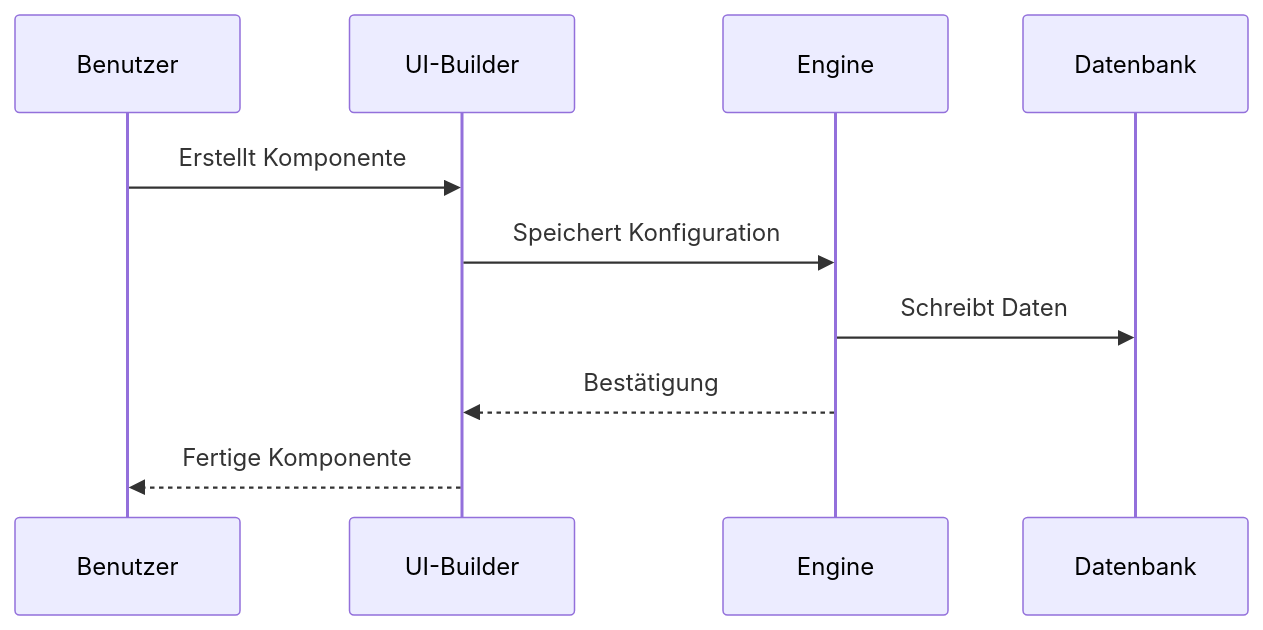
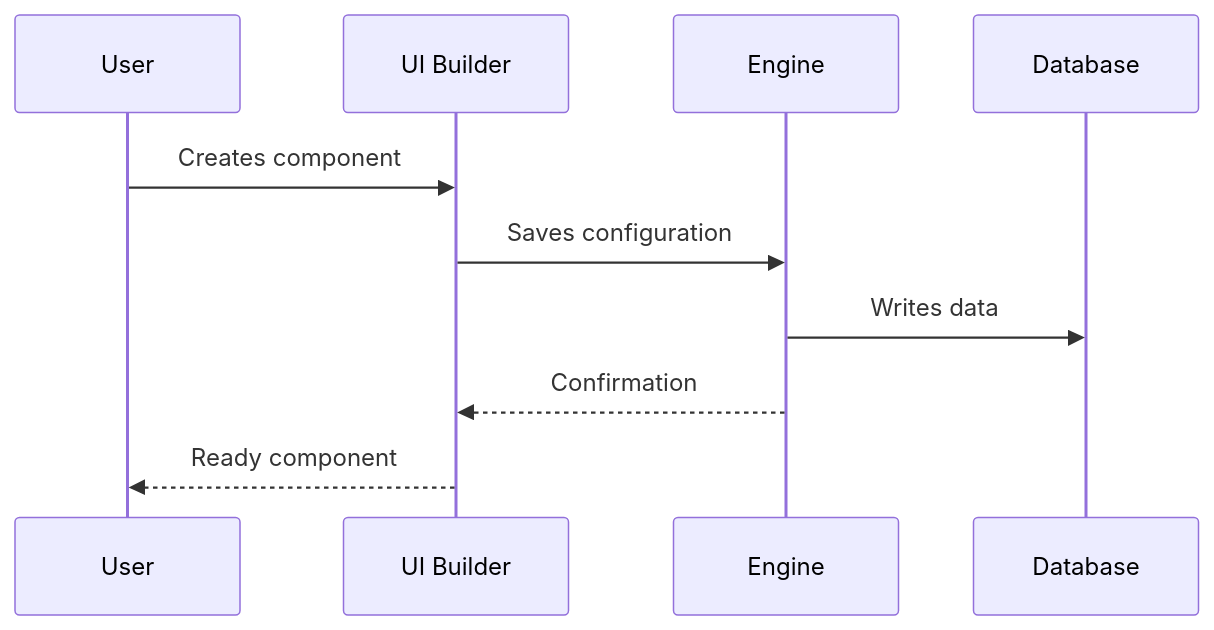
The second of 3 diagrams in docs/de/architecture.md (AqtraPlatform/Docs), drawn with Mermaid before and after one commit. The commit also changed other lines of this file and 1326 other files, not shown here.

````diff
--- a/docs/de/architecture.md
+++ b/docs/de/architecture.md
@@ -73,13 +73,13 @@
 ```mermaid
 sequenceDiagram
-    participant U as Benutzer
-    participant UI as UI-Builder
+    participant U as User
+    participant UI as UI Builder
     participant E as Engine
-    participant DB as Datenbank
+    participant DB as Database
 
-    U->>UI: Erstellt Komponente
-    UI->>E: Speichert Konfiguration
-    E->>DB: Schreibt Daten
-    E-->>UI: Bestätigung
-    UI-->>U: Fertige Komponente
+    U->>UI: Creates component
+    UI->>E: Saves configuration
+    E->>DB: Writes data
+    E-->>UI: Confirmation
+    UI-->>U: Ready component
 ```
````
